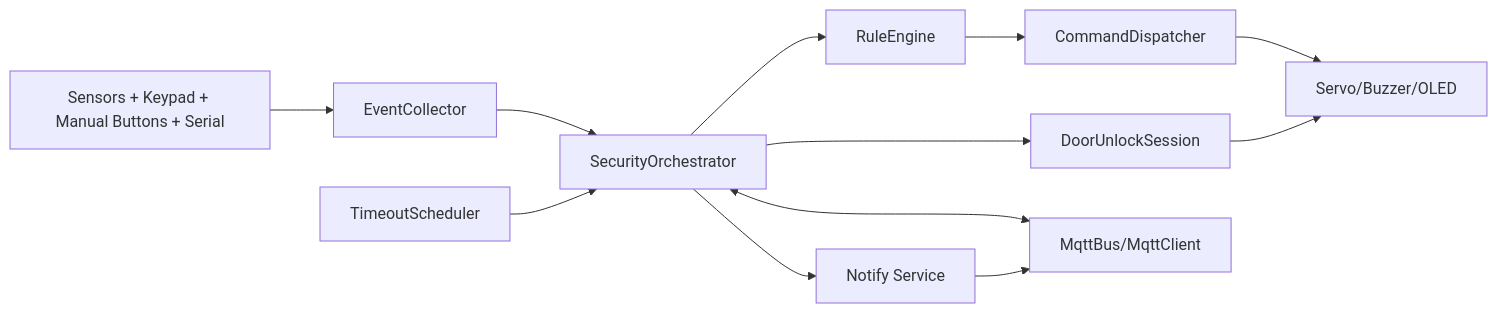
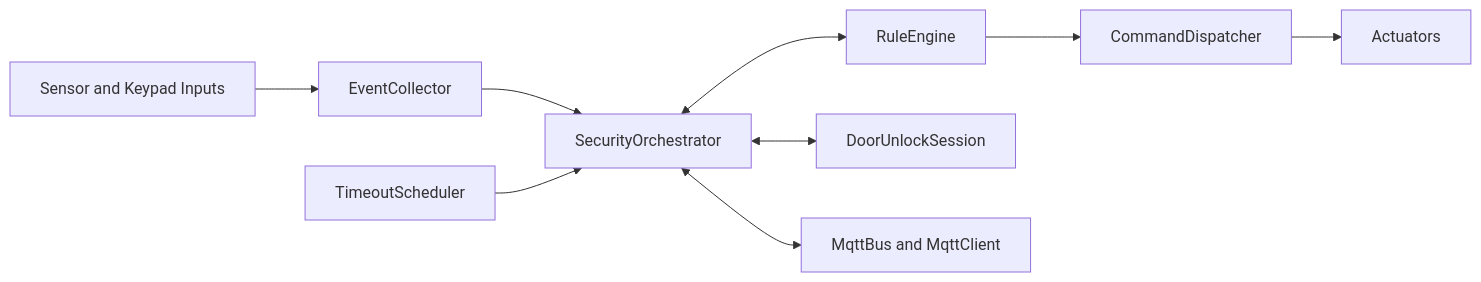
The second of 3 diagrams in docs/block_diagram.md (non1555/EmbeddedSecurityHome), drawn with Mermaid before and after one commit. The commit also changed other lines of this file and 99 other files, not shown here.

Commit message:
feat: update single-board security flow and documentation

````diff
--- a/docs/block_diagram.md
+++ b/docs/block_diagram.md
@@ -33,21 +30,19 @@
 ```mermaid
 flowchart LR
-  IN1[Sensors + Keypad + Manual Buttons + Serial]
+  IN[Sensor and Keypad Inputs]
   EC[EventCollector]
-  TS[TimeoutScheduler]
   ORCH[SecurityOrchestrator]
   RE[RuleEngine]
-  DD[CommandDispatcher]
   DUS[DoorUnlockSession]
-  AC1[Servo/Buzzer/OLED]
-  MB[MqttBus/MqttClient]
-  NT[Notify Service]
+  TS[TimeoutScheduler]
+  CD[CommandDispatcher]
+  OUT[Actuators]
+  BUS[MqttBus and MqttClient]
 
-  IN1 --> EC --> ORCH
+  IN --> EC --> ORCH
   TS --> ORCH
-  ORCH --> RE --> DD --> AC1
-  ORCH --> DUS --> AC1
-  ORCH <--> MB
-  ORCH --> NT
-  NT --> MB
+  ORCH <--> RE
+  ORCH <--> DUS
+  RE --> CD --> OUT
+  ORCH <--> BUS
 ```
````
